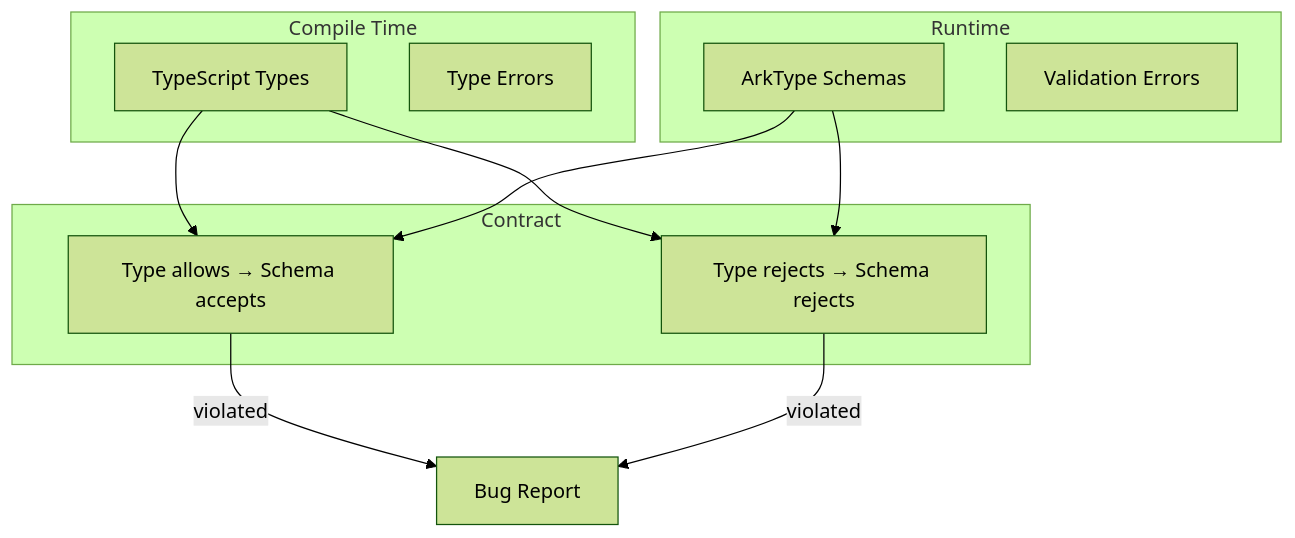
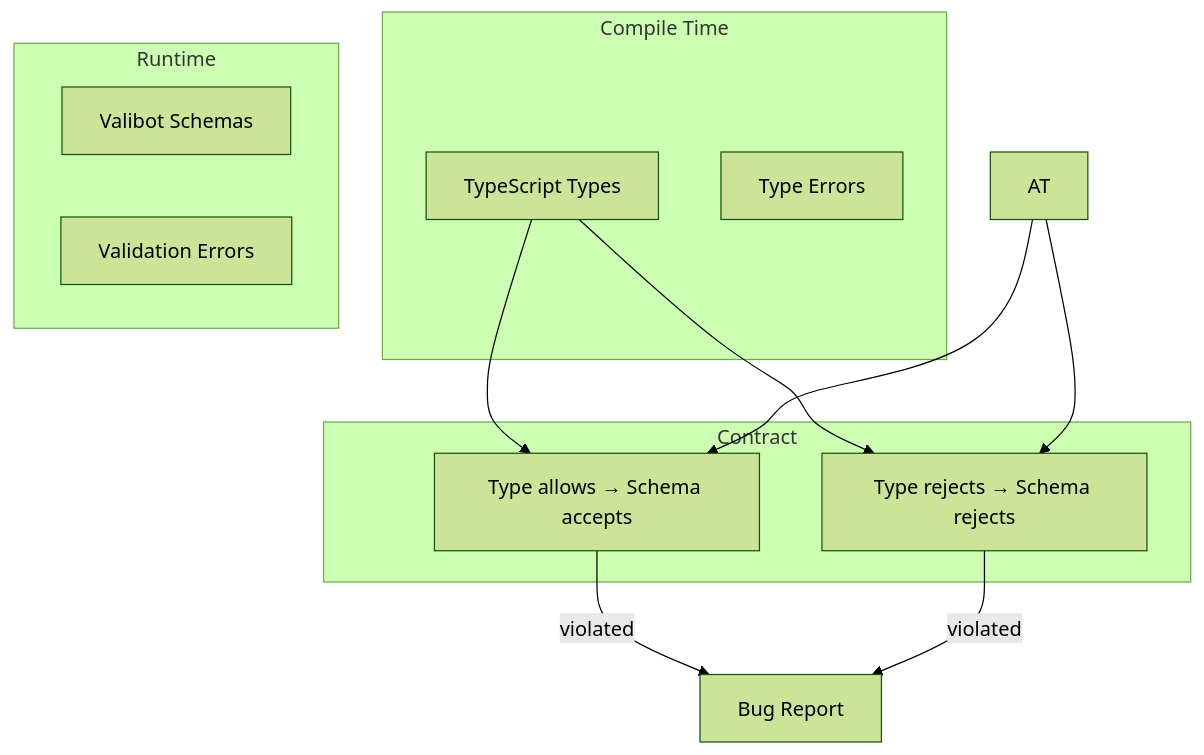
The first of 2 diagrams in docs/content/docs/internals/contract.mdx (beynar/viborm), drawn with Mermaid (forest theme) before and after one commit. The commit also changed other lines of this file and 38 other files, not shown here.

````diff
--- a/docs/content/docs/internals/contract.mdx
+++ b/docs/content/docs/internals/contract.mdx
@@ -13,25 +13,25 @@
 ```mermaid
 flowchart TB
     subgraph Compile["Compile Time"]
         TS[TypeScript Types]
         TE[Type Errors]
     end
 
     subgraph Runtime["Runtime"]
-        AT[ArkType Schemas]
+        VL[Valibot Schemas]
         VE[Validation Errors]
     end
 
     subgraph Contract["Contract"]
         C1[Type allows → Schema accepts]
         C2[Type rejects → Schema rejects]
     end
 
     TS --> C1
     AT --> C1
     TS --> C2
     AT --> C2
 
     C1 --> |violated| BUG[Bug Report]
     C2 --> |violated| BUG
 ```
````
